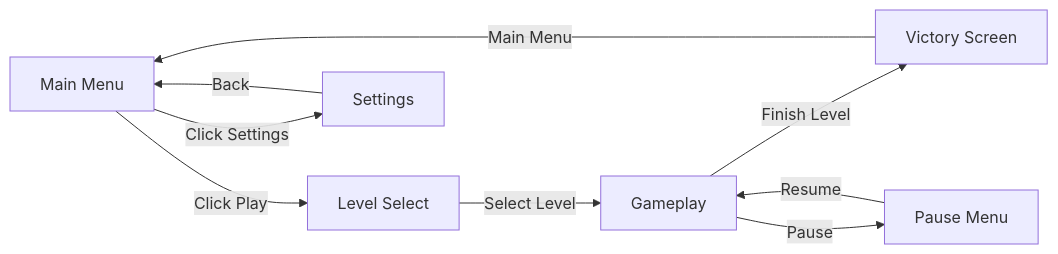
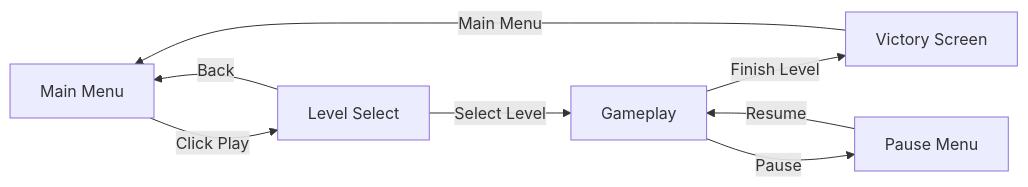
Before and after one commit to Justsomeguy241/Out-of-the-box: the first of 4 diagrams in README.md, drawn with Mermaid.

````diff
--- a/README.md
+++ b/README.md
@@ -31,21 +31,19 @@
 ```mermaid
 flowchart LR
   mm[Main Menu]
   gp[Gameplay]
   vs[Victory Screen]
   pm[Pause Menu]
   ls[Level Select]
-  sm[Settings]
 
   mm -- "Click Play" --> ls
-  mm -- "Click Settings" --> sm
-  sm -- "Back" --> mm
   gp -- "Finish Level" --> vs
   vs -- "Main Menu" --> mm
   gp -- "Pause" --> pm
   pm -- "Resume" --> gp
   ls -- "Select Level" --> gp
+  ls -- "Back" --> mm
 
    
 
 ```
````
